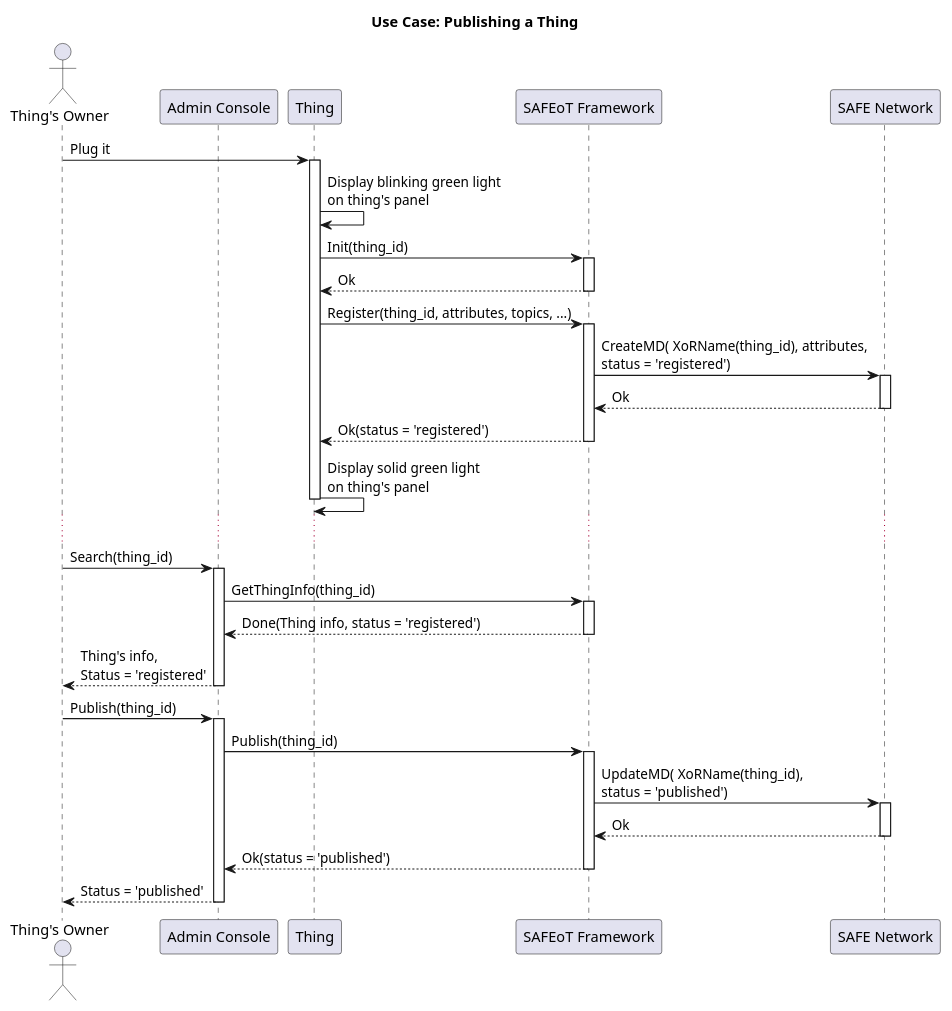
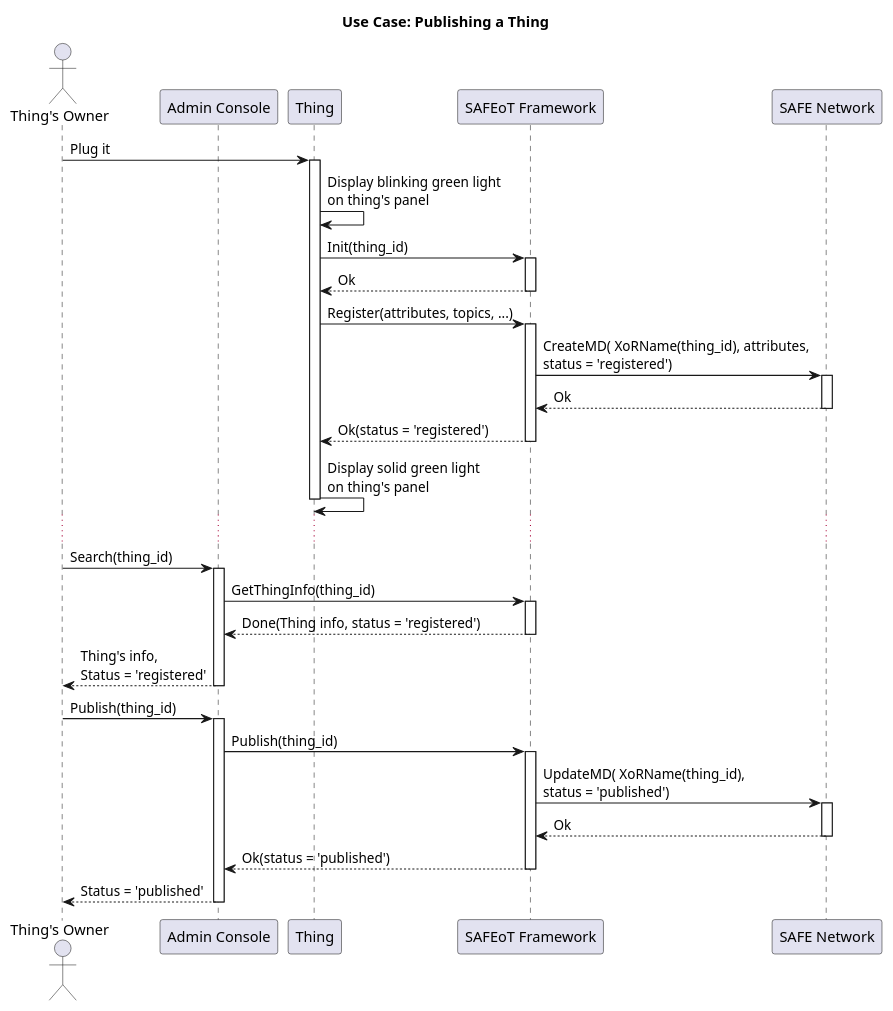
The diagram in misc/UC_register_and_publish.plantuml (bochaco/safe_thing), drawn with PlantUML before and after one commit. The commit also changed 6 other files, not shown here.

Commit message:
Adding draft implementations for basic flow

```diff
--- a/misc/UC_register_and_publish.plantuml
+++ b/misc/UC_register_and_publish.plantuml
@@ -1,66 +1,66 @@
 @startuml
 title **Use Case: Publishing a Thing**
 
 actor "Thing's Owner" as owner
 participant "Admin Console" as admin
 participant Thing as thing
 participant "SAFEoT Framework" as safeot
 participant "SAFE Network" as safenet
 
 owner -> thing: Plug it
 activate thing
 
 thing -> thing: Display blinking green light\non thing's panel
 thing -> safeot: Init(thing_id)
 activate safeot
 
 thing <-- safeot: Ok
 deactivate safeot
 
-thing -> safeot: Register(thing_id, attributes, topics, ...)
+thing -> safeot: Register(attributes, topics, ...)
 activate safeot
 
 safeot -> safenet: CreateMD( XoRName(thing_id), attributes,\nstatus = 'registered')
 activate safenet
 
 safeot <-- safenet: Ok
 deactivate safenet
 
 thing <-- safeot: Ok(status = 'registered')
 deactivate safeot
 thing -> thing: Display solid green light\non thing's panel
 deactivate thing
 
 ...
 
 owner -> admin: Search(thing_id)
 activate admin
 
 admin -> safeot: GetThingInfo(thing_id)
 activate safeot
 
 admin <-- safeot: Done(Thing info, status = 'registered')
 deactivate safeot
 
 owner <-- admin: Thing's info,\nStatus = 'registered'
 deactivate admin
 
 owner -> admin: Publish(thing_id)
 activate admin
 
 admin -> safeot: Publish(thing_id)
 activate safeot
 
 safeot -> safenet: UpdateMD( XoRName(thing_id),\nstatus = 'published')
 activate safenet
 
 safeot <-- safenet: Ok
 deactivate safenet
 
 admin <-- safeot: Ok(status = 'published')
 deactivate safeot
 
 owner <-- admin: Status = 'published'
 deactivate admin
 
 @enduml
```
